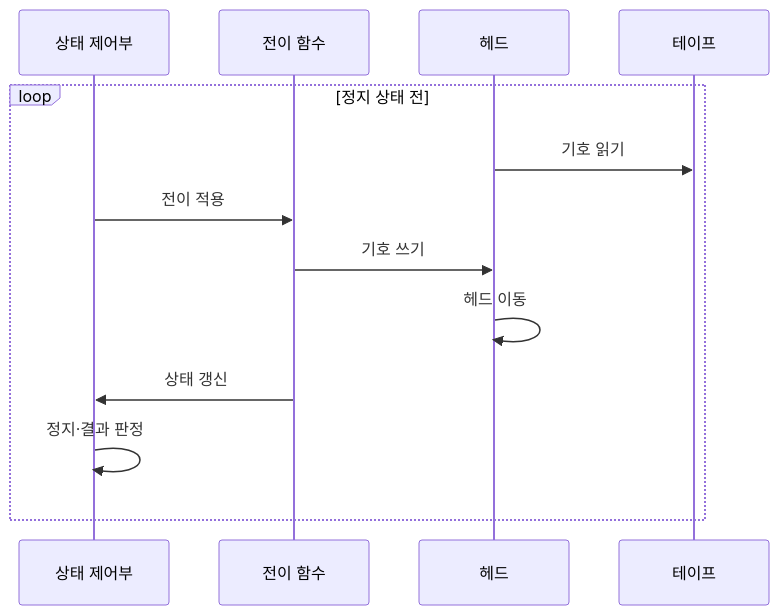
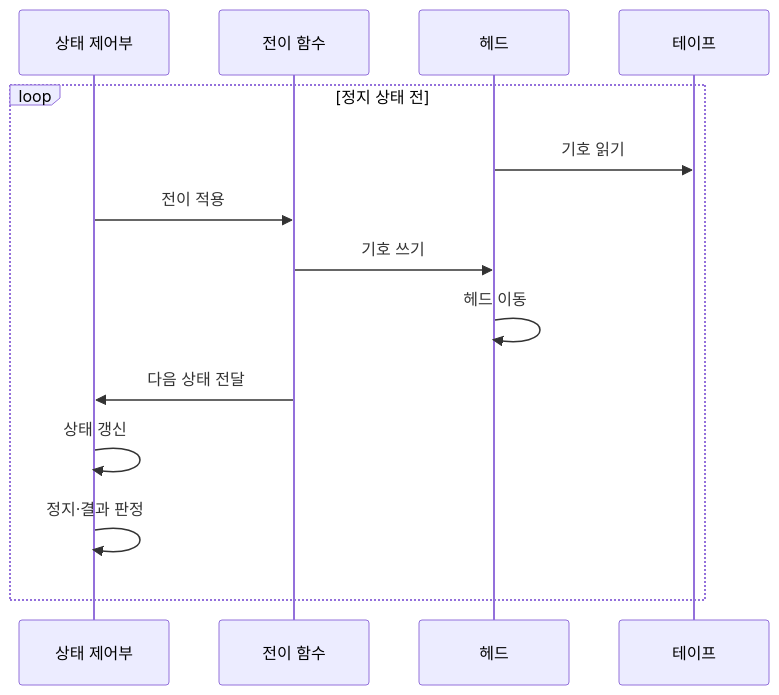
The second of 2 diagrams in src/content/docs/notes/01-basic-theory/022_turing_machine.md (agnusdei1207/knowledge-base), drawn with Mermaid before and after one commit. The commit also changed other lines of this file and 27 other files, not shown here.

````diff
--- a/src/content/docs/notes/01-basic-theory/022_turing_machine.md
+++ b/src/content/docs/notes/01-basic-theory/022_turing_machine.md
@@ -92,15 +92,16 @@
 ```mermaid
 sequenceDiagram
     participant C as 상태 제어부
     participant F as 전이 함수
     participant H as 헤드
     participant T as 테이프
     loop 정지 상태 전
         H->>T: 기호 읽기
         C->>F: 전이 적용
         F->>H: 기호 쓰기
         H->>H: 헤드 이동
-        F->>C: 상태 갱신
+        F->>C: 다음 상태 전달
+        C->>C: 상태 갱신
         C->>C: 정지·결과 판정
     end
 ```
````
